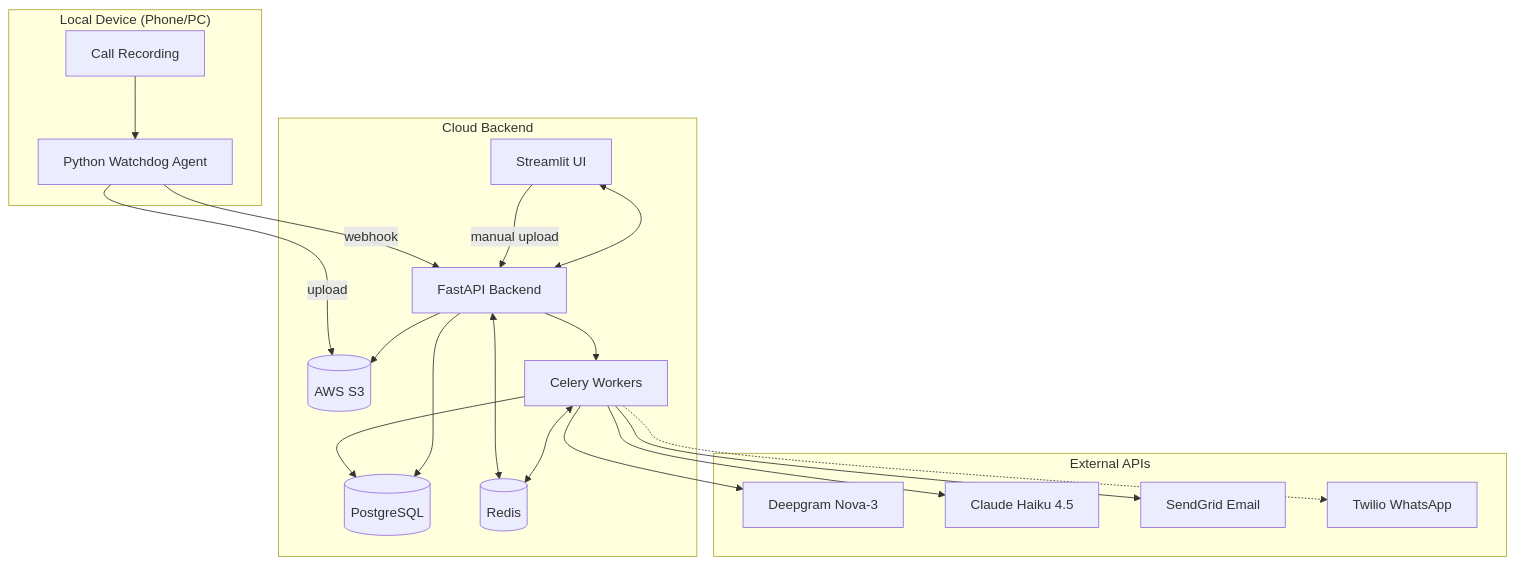
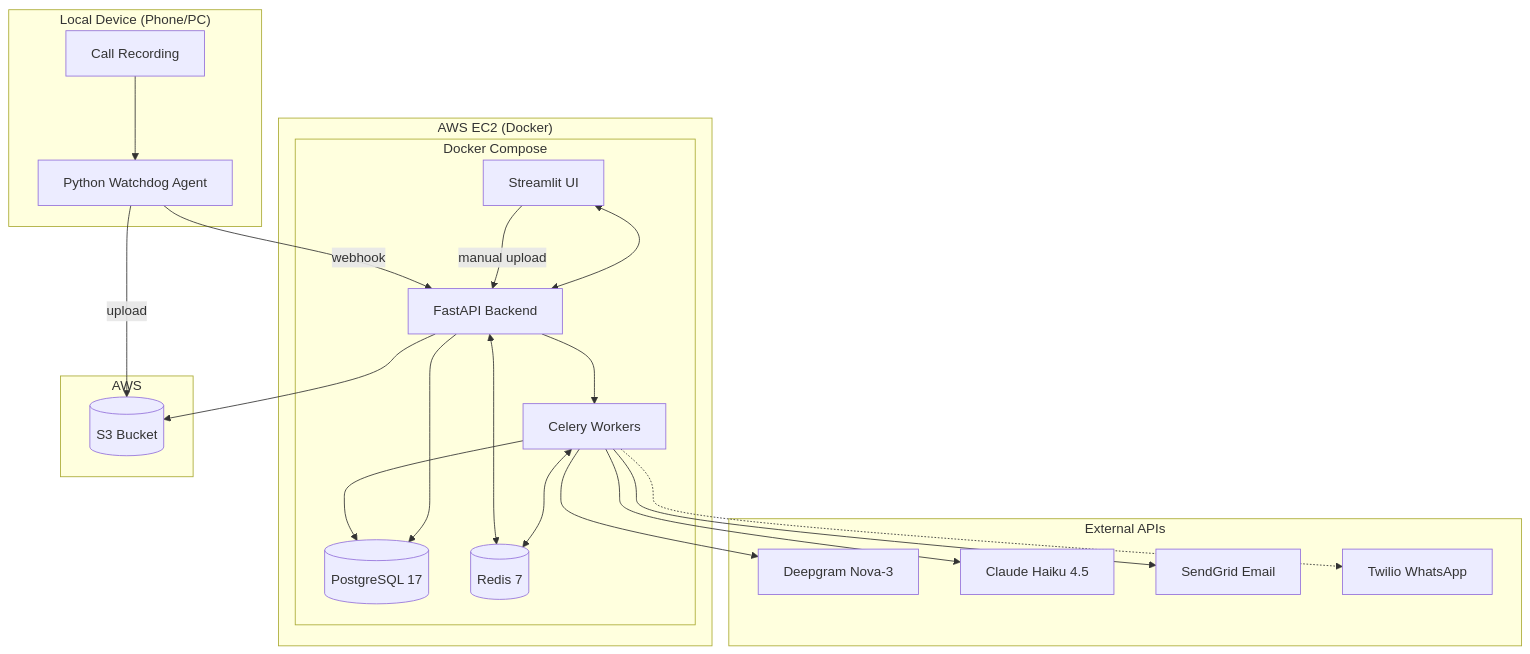
One commit to Ziv1972/calls_summery changed the first of 6 diagrams in README.md. Above: the diagram before and after it, drawn with Mermaid. The commit also changed other lines of this file and 1 other file, not shown here.

First line of the commit message:
docs: update README and CLAUDE.md with current architecture

````diff
--- a/README.md
+++ b/README.md
@@ -9,39 +11,44 @@
 ```mermaid
 graph TB
     subgraph Local["Local Device (Phone/PC)"]
         REC[Call Recording]
         AGENT[Python Watchdog Agent]
     end
 
-    subgraph Cloud["Cloud Backend"]
-        S3[(AWS S3)]
-        API[FastAPI Backend]
-        CELERY[Celery Workers]
-        DB[(PostgreSQL)]
-        REDIS[(Redis)]
-        UI[Streamlit UI]
+    subgraph EC2["AWS EC2 (Docker)"]
+        subgraph Docker["Docker Compose"]
+            API[FastAPI Backend]
+            CELERY[Celery Workers]
+            DB[(PostgreSQL 17)]
+            REDIS[(Redis 7)]
+            UI[Streamlit UI]
+        end
+    end
+
+    subgraph AWS["AWS"]
+        S3[(S3 Bucket)]
     end
 
     subgraph APIs["External APIs"]
         DG[Deepgram Nova-3]
         CLAUDE[Claude Haiku 4.5]
         SG[SendGrid Email]
         TW[Twilio WhatsApp]
     end
 
     REC --> AGENT
     AGENT -->|upload| S3
     AGENT -->|webhook| API
     UI -->|manual upload| API
     API --> S3
     API --> CELERY
     CELERY --> DB
     API --> DB
     API <--> REDIS
     CELERY <--> REDIS
     CELERY --> DG
     CELERY --> CLAUDE
     CELERY --> SG
     CELERY -.-> TW
     UI <--> API
 ```
````
